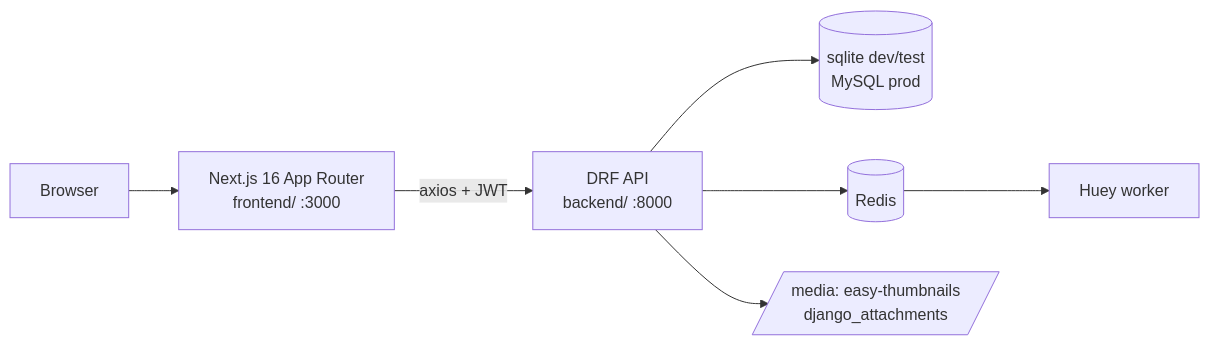
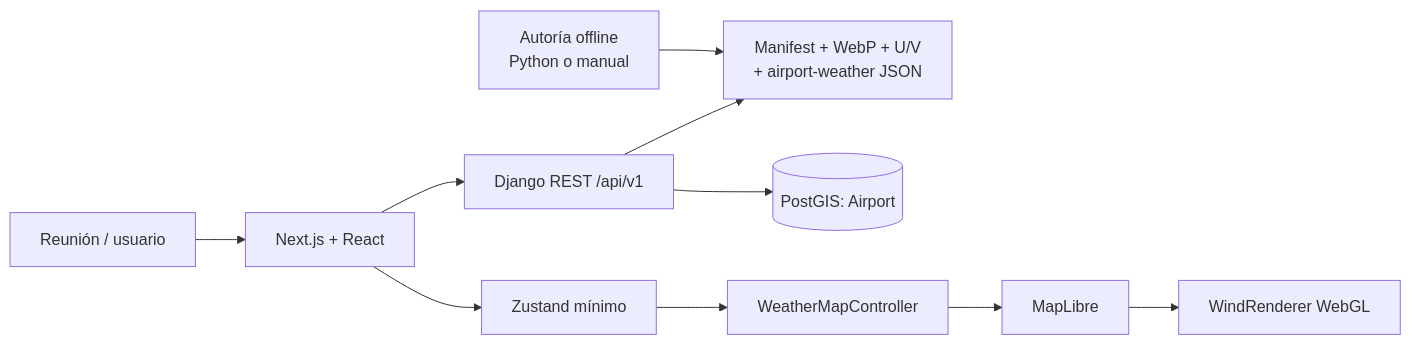
One commit to carlos18bp/aviation_weather_viewer_project changed the first of 5 diagrams in docs/methodology/architecture.md. Above: the diagram before and after it, drawn with Mermaid. The commit also changed other lines of this file and 17 other files, not shown here.

````diff
--- a/docs/methodology/architecture.md
+++ b/docs/methodology/architecture.md
@@ -7,9 +8,12 @@
 ```mermaid
 flowchart LR
-    B[Browser] --> N[Next.js 16 App Router\nfrontend/ :3000]
-    N -- axios + JWT --> D[DRF API\nbackend/ :8000]
-    D --> DB[(sqlite dev/test\nMySQL prod)]
-    D --> R[(Redis)]
-    R --> H[Huey worker]
-    D --> M[/media: easy-thumbnails\ndjango_attachments/]
+    G[Autoría offline<br/>Python o manual] --> F
+    U[Reunión / usuario] --> N[Next.js + React]
+    N --> S[Zustand mínimo]
+    S --> C[WeatherMapController]
+    C --> M[MapLibre]
+    M --> W[WindRenderer WebGL]
+    N --> A[Django REST /api/v1]
+    A --> P[(PostGIS: Airport)]
+    A --> F[Manifest + WebP + U/V<br/>+ airport-weather JSON]
 ```
````
